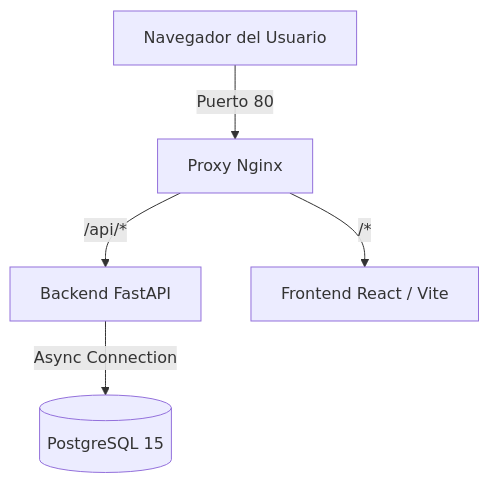
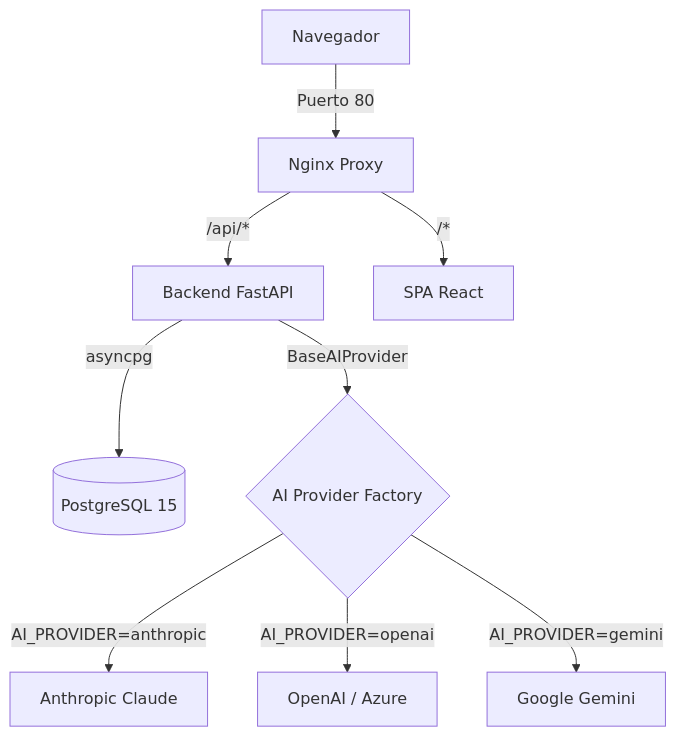
Before and after one commit to Dovi1980/crm-lawfirm: the diagram in PROJECT_STATUS.md, drawn with Mermaid. The commit also changed other lines of this file and 60 other files, not shown here.

````diff
--- a/PROJECT_STATUS.md
+++ b/PROJECT_STATUS.md
@@ -20,7 +20,11 @@
 ```mermaid
 graph TD
-    Client[Navegador del Usuario] -->|Puerto 80| Nginx[Proxy Nginx]
+    Client[Navegador] -->|Puerto 80| Nginx[Nginx Proxy]
     Nginx -->|/api/*| FastAPI[Backend FastAPI]
-    Nginx -->|/*| React[Frontend React / Vite]
-    FastAPI -->|Async Connection| PostgreSQL[(PostgreSQL 15)]
+    Nginx -->|/*| Frontend[SPA React]
+    FastAPI -->|asyncpg| PostgreSQL[(PostgreSQL 15)]
+    FastAPI -->|BaseAIProvider| Provider{AI Provider Factory}
+    Provider -->|AI_PROVIDER=anthropic| Anthropic[Anthropic Claude]
+    Provider -->|AI_PROVIDER=openai| OpenAI[OpenAI / Azure]
+    Provider -->|AI_PROVIDER=gemini| Gemini[Google Gemini]
 ```
````
